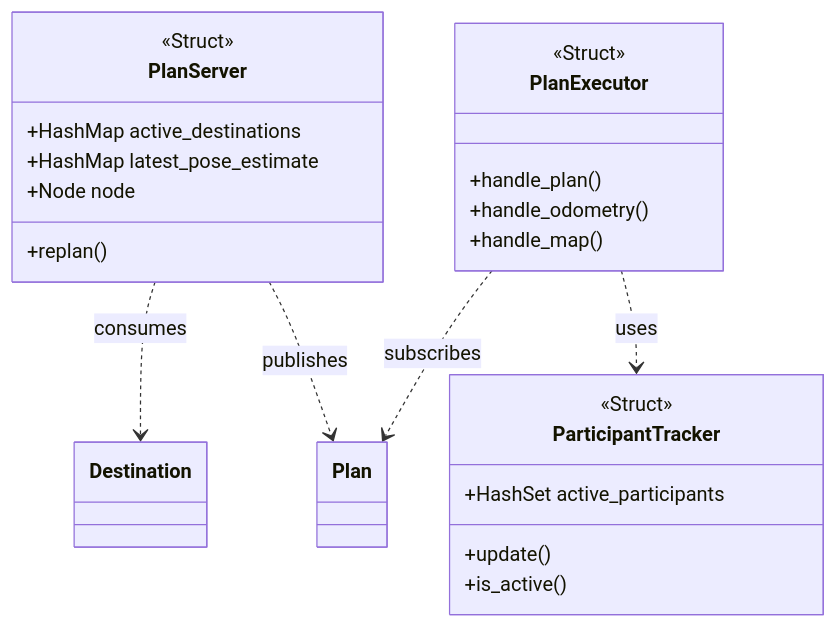
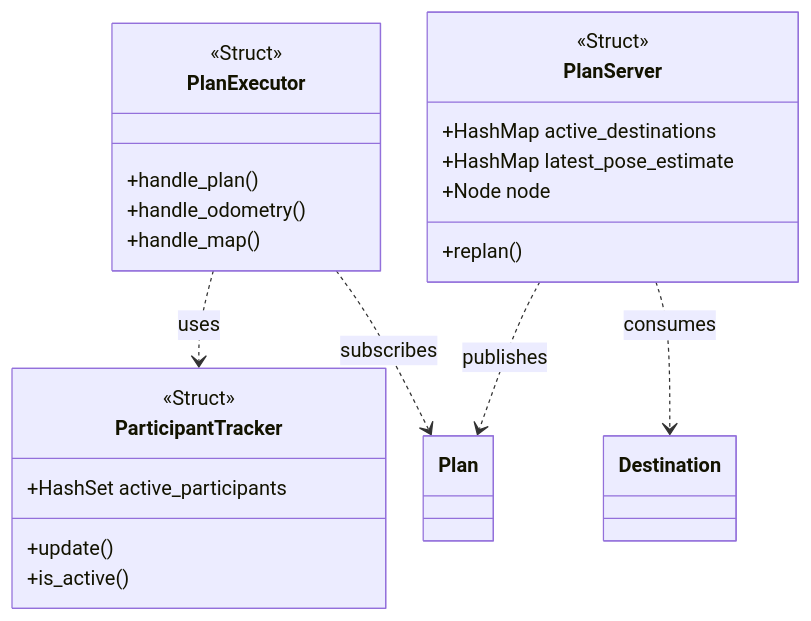
The fourth of 4 diagrams in 9403fb1/for_developers/architecture.md (cardboardcode/ngp_docs), drawn with Mermaid before and after one commit. The commit also changed other lines of this file and 2 other files, not shown here.

Commit message:
:blue_book: Update developer architecture, plan interface, and waypoint lifecycle documentation with full commit links and expanded context

````diff
--- a/9403fb1/for_developers/architecture.md
+++ b/9403fb1/for_developers/architecture.md
@@ -193,29 +207,30 @@
 ```mermaid
+%%{init: {"flowchart": {"nodeSpacing": 30, "rankSpacing": 45, "padding": 6}, "themeCSS": ".nodeLabel, .classLabel .label, .edgeLabel { font-size: 12px !important; }"}}%%
 classDiagram
+    class PlanExecutor {
+        <<Struct>>
+        +handle_plan()
+        +handle_odometry()
+        +handle_map()
+    }
+
     class PlanServer {
         <<Struct>>
         +HashMap active_destinations
         +HashMap latest_pose_estimate
         +Node node
         +replan()
-    }
-
-    class PlanExecutor {
-        <<Struct>>
-        +handle_plan()
-        +handle_odometry()
-        +handle_map()
     }
 
     class ParticipantTracker {
         <<Struct>>
         +HashSet active_participants
         +update()
         +is_active()
     }
 
+    PlanExecutor ..> ParticipantTracker : uses
+    PlanExecutor ..> Plan : subscribes
+    PlanServer ..> Plan : publishes
     PlanServer ..> Destination : consumes
-    PlanServer ..> Plan : publishes
-    PlanExecutor ..> Plan : subscribes
-    PlanExecutor ..> ParticipantTracker : uses
 ```
````
